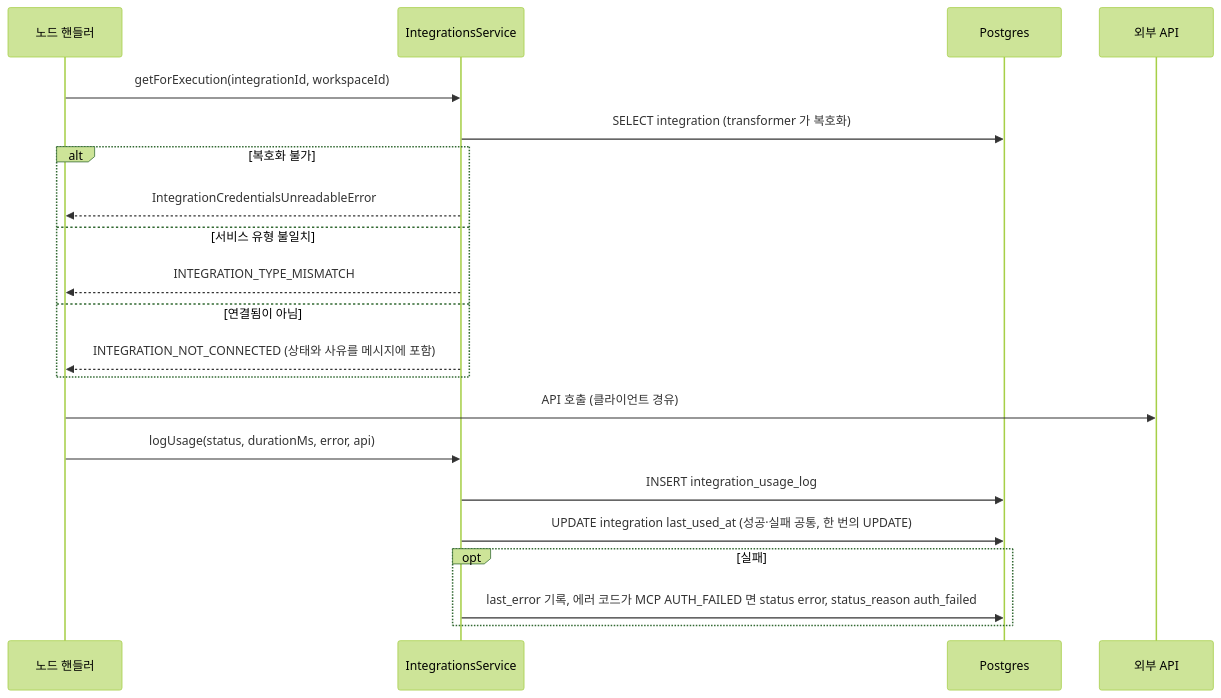
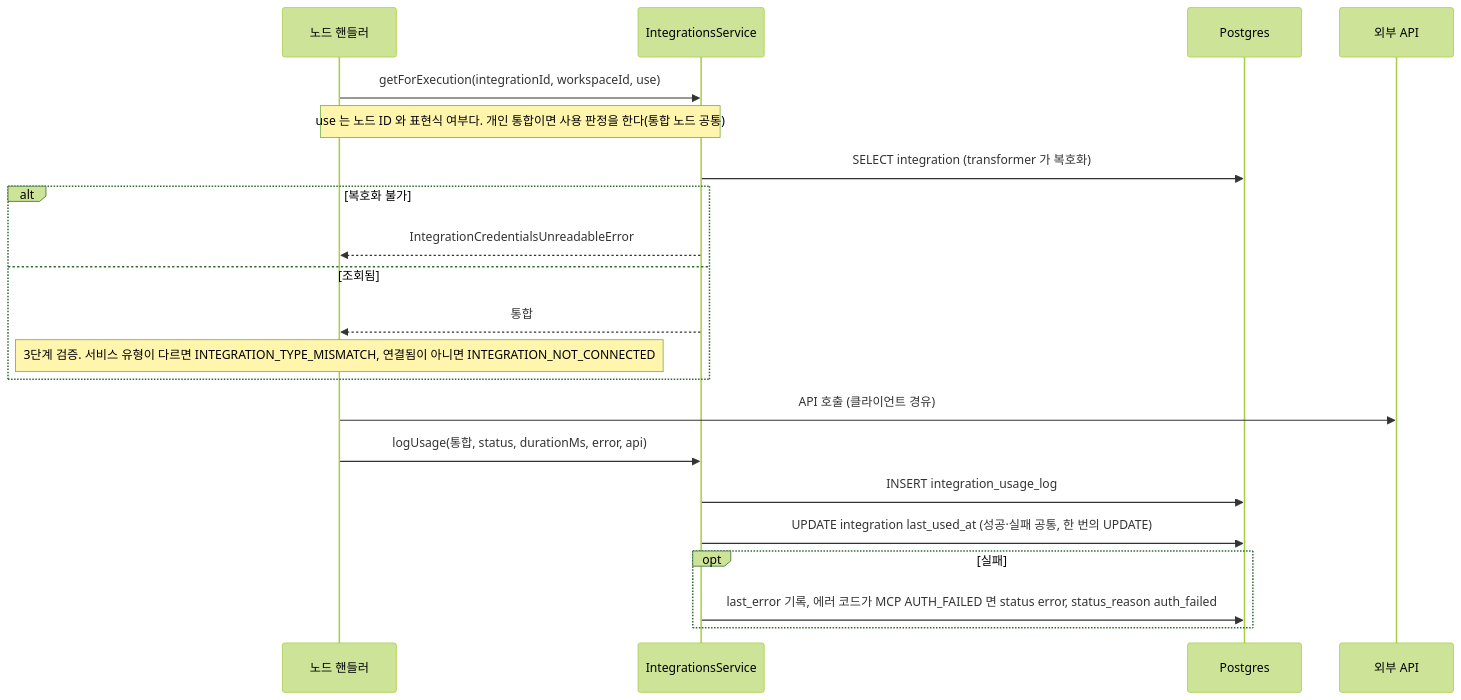
The sixth of 6 diagrams in spec/CLE-INT/CLE-INT-DATA.md (worker-ants/clemvion), drawn with Mermaid (forest theme) before and after one commit. The commit also changed other lines of this file and 23 other files, not shown here.

````diff
--- a/spec/CLE-INT/CLE-INT-DATA.md
+++ b/spec/CLE-INT/CLE-INT-DATA.md
@@ -417,23 +417,23 @@
 ```mermaid
 sequenceDiagram
   participant H as 노드 핸들러
   participant Svc as IntegrationsService
   participant PG as Postgres
   participant Ext as 외부 API
-  H->>Svc: getForExecution(integrationId, workspaceId)
+  H->>Svc: getForExecution(integrationId, workspaceId, use)
+  Note over H,Svc: use 는 노드 ID 와 표현식 여부다. 개인 통합이면 사용 판정을 한다(통합 노드 공통)
   Svc->>PG: SELECT integration (transformer 가 복호화)
   alt 복호화 불가
     Svc-->>H: IntegrationCredentialsUnreadableError
-  else 서비스 유형 불일치
-    Svc-->>H: INTEGRATION_TYPE_MISMATCH
-  else 연결됨이 아님
-    Svc-->>H: INTEGRATION_NOT_CONNECTED (상태와 사유를 메시지에 포함)
+  else 조회됨
+    Svc-->>H: 통합
+    Note over H: 3단계 검증. 서비스 유형이 다르면 INTEGRATION_TYPE_MISMATCH, 연결됨이 아니면 INTEGRATION_NOT_CONNECTED
   end
   H->>Ext: API 호출 (클라이언트 경유)
-  H->>Svc: logUsage(status, durationMs, error, api)
+  H->>Svc: logUsage(통합, status, durationMs, error, api)
   Svc->>PG: INSERT integration_usage_log
   Svc->>PG: UPDATE integration last_used_at (성공·실패 공통, 한 번의 UPDATE)
   opt 실패
     Svc->>PG: last_error 기록, 에러 코드가 MCP AUTH_FAILED 면 status error, status_reason auth_failed
   end
 ```
````
